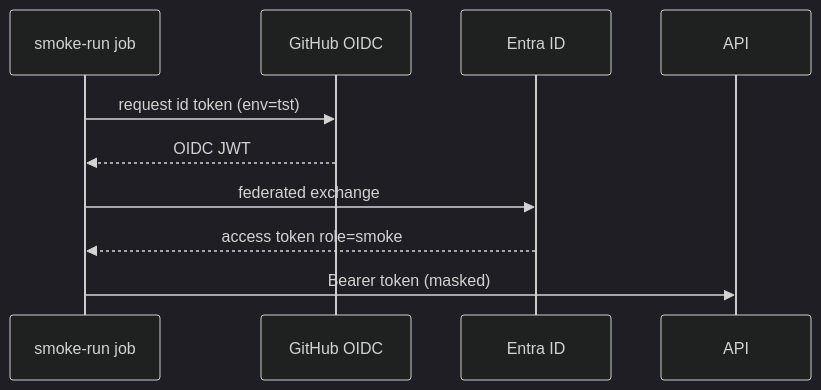
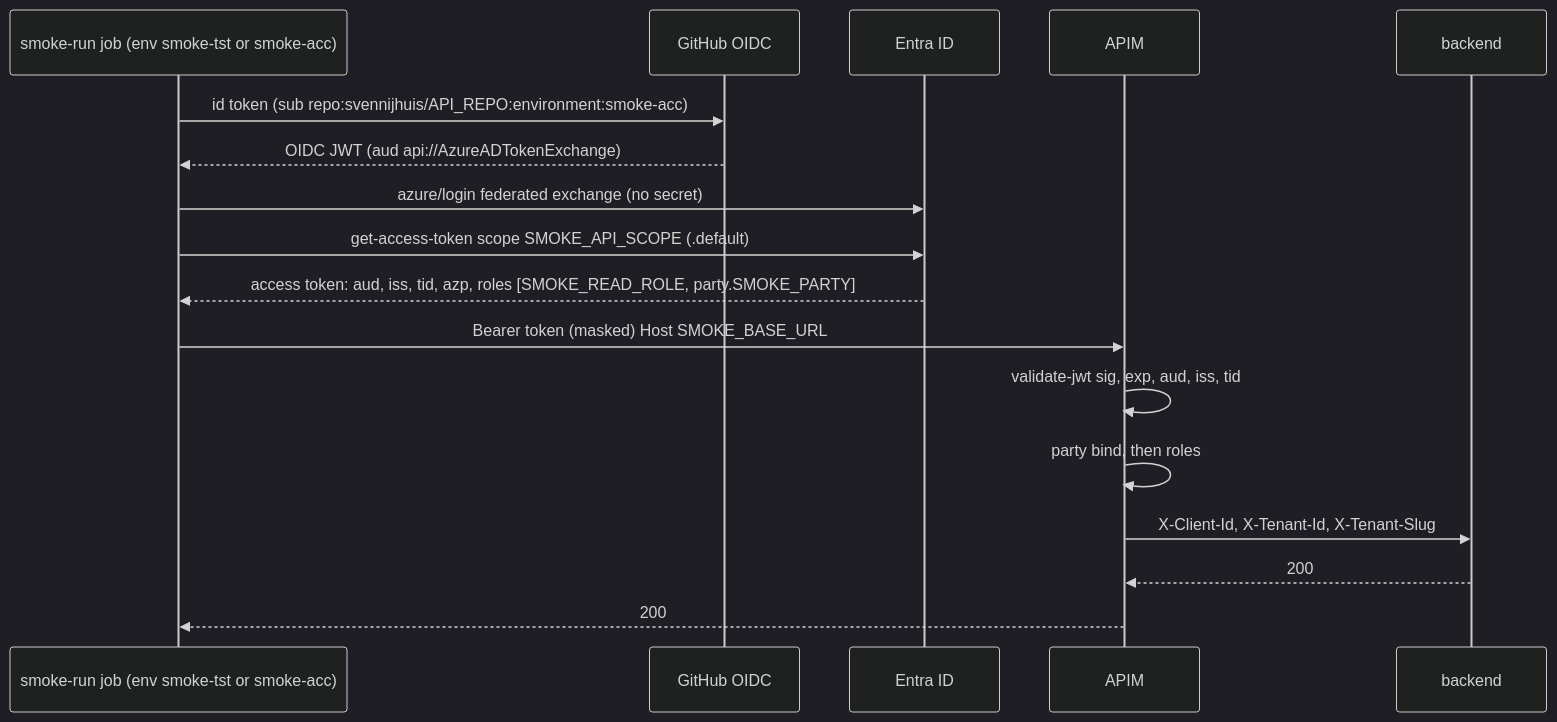
Before and after one commit to svennijhuis/agentic-workflows: the diagram in docs/pbi/smoke/SM04.md, drawn with Mermaid (dark theme). The commit also changed other lines of this file and 8 other files, not shown here.

First line of the commit message:
docs(pbi): smoke SM03, SM04, SM07, README update (APIM chain) and path fixes

````diff
--- a/docs/pbi/smoke/SM04.md
+++ b/docs/pbi/smoke/SM04.md
@@ -30,12 +31,19 @@
-  ```mermaid
-  sequenceDiagram
-    participant S as smoke-run job
-    participant GH as GitHub OIDC
-    participant AAD as Entra ID
-    participant API as API
-    S->>GH: request id token (env=tst)
-    GH-->>S: OIDC JWT
-    S->>AAD: federated exchange
-    AAD-->>S: access token role=smoke
-    S->>API: Bearer token (masked)
-  ```
+```mermaid
+sequenceDiagram
+  participant S as smoke-run job (env smoke-tst or smoke-acc)
+  participant GH as GitHub OIDC
+  participant AAD as Entra ID
+  participant APIM as APIM
+  participant B as backend
+  S->>GH: id token (sub repo:svennijhuis/API_REPO:environment:smoke-acc)
+  GH-->>S: OIDC JWT (aud api://AzureADTokenExchange)
+  S->>AAD: azure/login federated exchange (no secret)
+  S->>AAD: get-access-token scope SMOKE_API_SCOPE (.default)
+  AAD-->>S: access token: aud, iss, tid, azp, roles [SMOKE_READ_ROLE, party.SMOKE_PARTY]
+  S->>APIM: Bearer token (masked) Host SMOKE_BASE_URL
+  APIM->>APIM: validate-jwt sig, exp, aud, iss, tid
+  APIM->>APIM: party bind, then roles
+  APIM->>B: X-Client-Id, X-Tenant-Id, X-Tenant-Slug
+  B-->>APIM: 200
+  APIM-->>S: 200
+```
````
